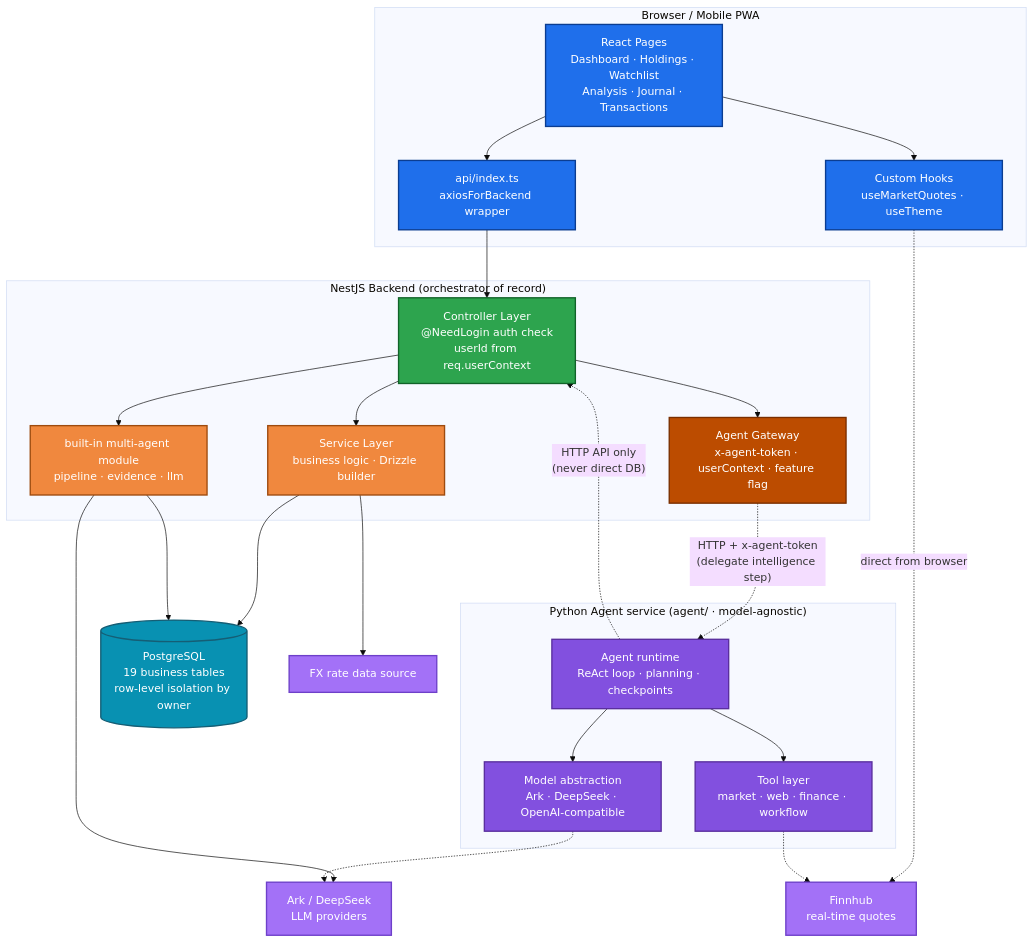
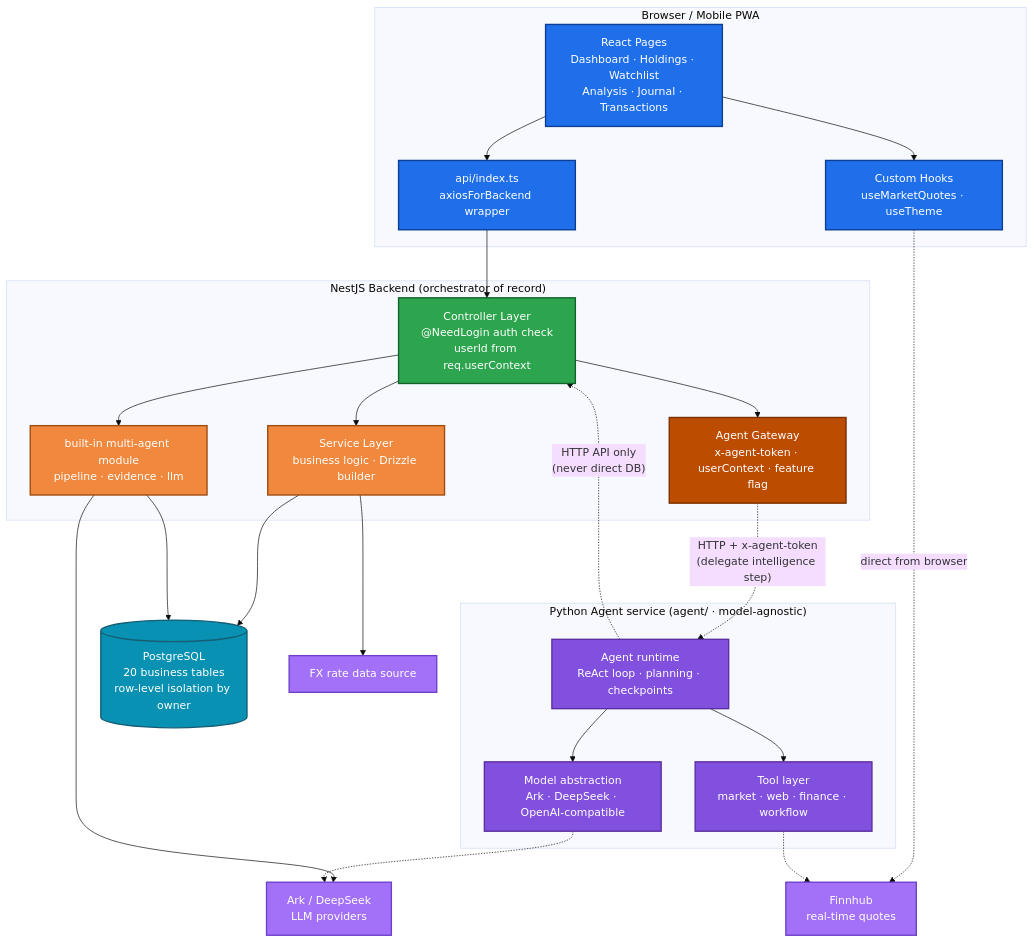
The first of 3 diagrams in README.md (Lueyu/daily-portfolio-analysis), drawn with Mermaid (base theme) before and after one commit. The commit also changed other lines of this file and 20 other files, not shown here.

First line of the commit message:
feat(local-dev): run full stack offline against local PostgreSQL

````diff
--- a/README.md
+++ b/README.md
@@ -31,52 +31,52 @@
 ```mermaid
 flowchart TB
     subgraph Browser["Browser / Mobile PWA"]
         P["React Pages<br/>Dashboard · Holdings · Watchlist<br/>Analysis · Journal · Transactions"]:::fe
         H["Custom Hooks<br/>useMarketQuotes · useTheme"]:::fe
         AC["api/index.ts<br/>axiosForBackend wrapper"]:::fe
         P --> AC
         P --> H
     end
 
     subgraph Server["NestJS Backend (orchestrator of record)"]
         C["Controller Layer<br/>@NeedLogin auth check<br/>userId from req.userContext"]:::ctrl
         S["Service Layer<br/>business logic · Drizzle builder"]:::svc
         MA["built-in multi-agent module<br/>pipeline · evidence · llm"]:::svc
         GW["Agent Gateway<br/>x-agent-token · userContext · feature flag"]:::gw
         C --> S
         C --> MA
         C --> GW
     end
 
     subgraph PyAgent["Python Agent service (agent/ · model-agnostic)"]
         RT["Agent runtime<br/>ReAct loop · planning · checkpoints"]:::py
         TOOLS["Tool layer<br/>market · web · finance · workflow"]:::py
         MODELS["Model abstraction<br/>Ark · DeepSeek · OpenAI-compatible"]:::py
         RT --> TOOLS
         RT --> MODELS
     end
 
-    PG[("PostgreSQL<br/>19 business tables<br/>row-level isolation by owner")]:::db
+    PG[("PostgreSQL<br/>20 business tables<br/>row-level isolation by owner")]:::db
     FH["Finnhub<br/>real-time quotes"]:::ext
     ARK["Ark / DeepSeek<br/>LLM providers"]:::ext
     FXEXT["FX rate data source"]:::ext
 
     H -. direct from browser .-> FH
     AC --> C
     S --> PG
     MA --> PG
     MA --> ARK
     S --> FXEXT
     GW -. "HTTP + x-agent-token<br/>(delegate intelligence step)" .-> RT
     RT -. "HTTP API only<br/>(never direct DB)" .-> C
     TOOLS -.-> FH
     MODELS -.-> ARK
 
     classDef fe fill:#1f6feb,stroke:#0b3d91,color:#ffffff,stroke-width:2px
     classDef ctrl fill:#2da44e,stroke:#116329,color:#ffffff,stroke-width:2px
     classDef svc fill:#f0883e,stroke:#9e4b0f,color:#ffffff,stroke-width:2px
     classDef gw fill:#bc4c00,stroke:#7a2f00,color:#ffffff,stroke-width:2px
     classDef py fill:#8250df,stroke:#5a2f9e,color:#ffffff,stroke-width:2px
     classDef db fill:#0891b2,stroke:#155e75,color:#ffffff,stroke-width:2px
     classDef ext fill:#a371f7,stroke:#6e40c9,color:#ffffff,stroke-width:2px
 ```
````
